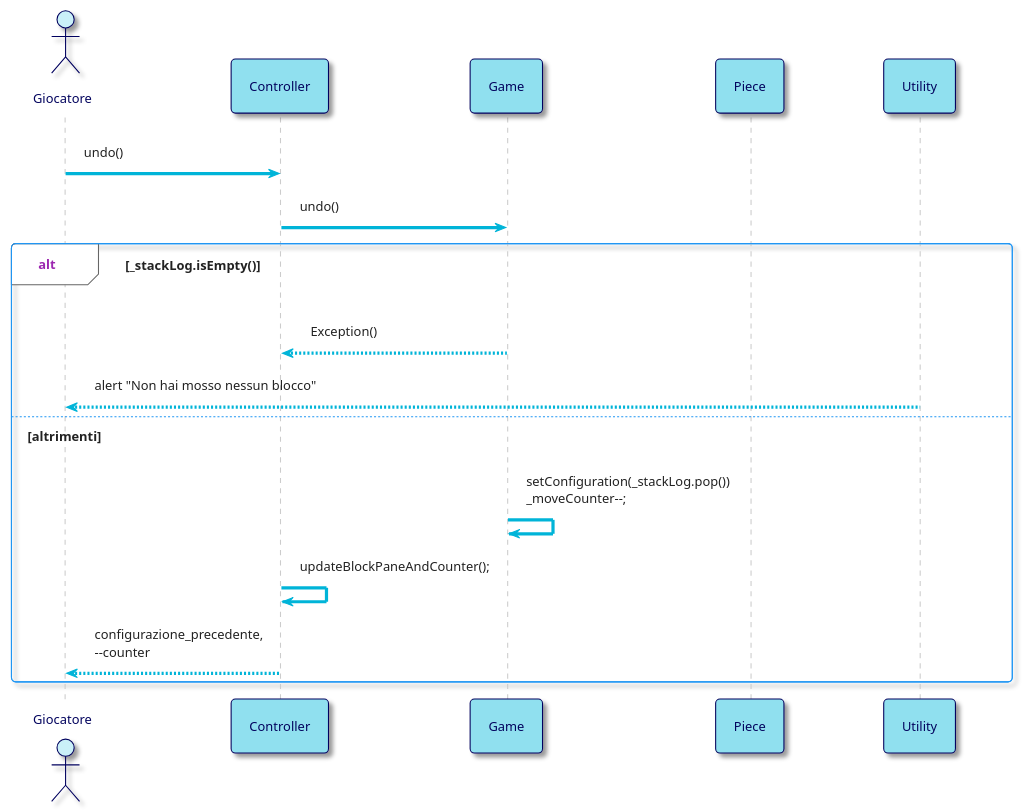
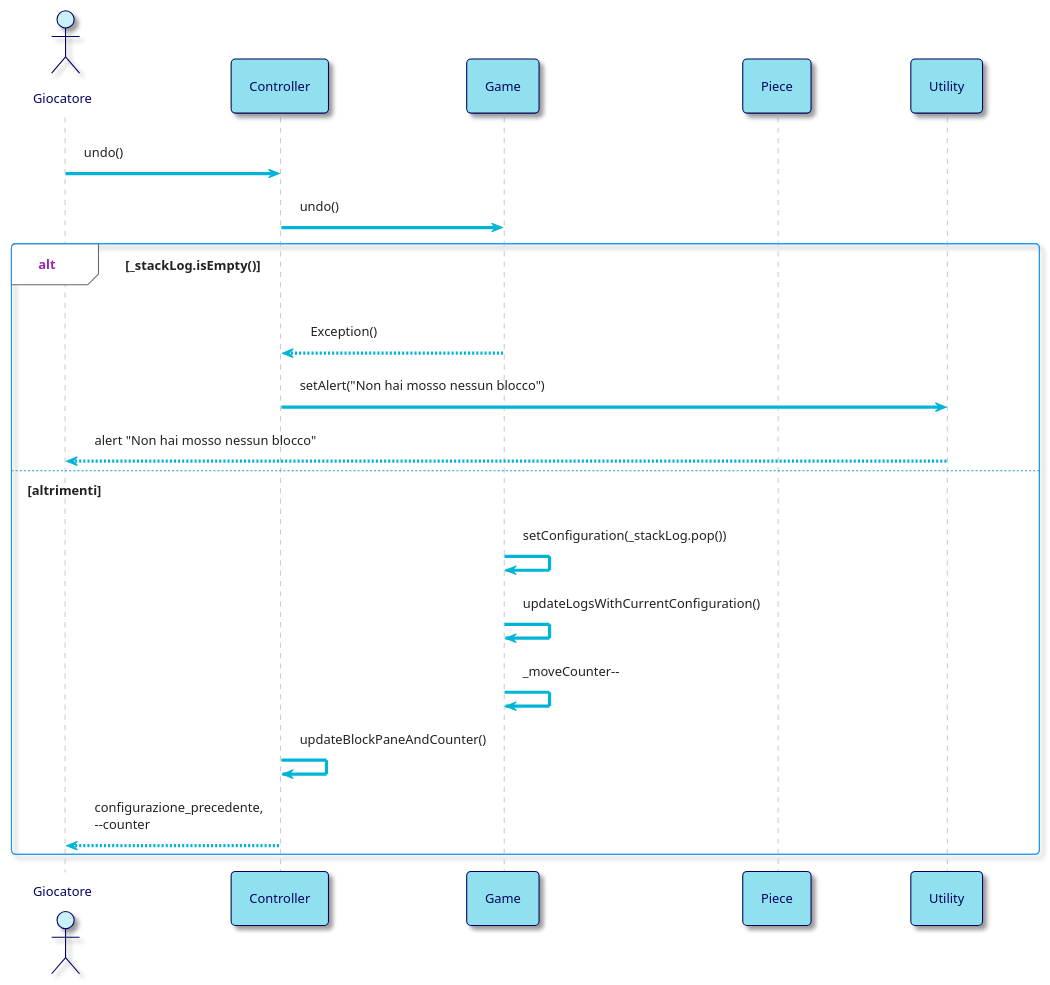
The fourth of 6 diagrams in resources/Sequence_Diagrams.md (bellins14/klotski_gruppo2), drawn with PlantUML before and after one commit.

````diff
--- a/resources/Sequence_Diagrams.md
+++ b/resources/Sequence_Diagrams.md
@@ -215,38 +215,41 @@
 ```plantuml
 @startuml
 !theme materia-outline
 
 skinparam ArrowColor #00B4D8
 skinparam ActorBorderColor #03045E
 skinparam ActorFontColor #03045E
 skinparam ActorBackgroundColor #CAF0F8
 skinparam ParticipantFontColor #03045E
 skinparam ParticipantBorderColor #03045E
 skinparam ParticipantBackgroundColor #90E0EF
 skinparam DatabaseBorderColor #03045E
 skinparam DatabaseBackgroundColor #00B4D8
 skinparam DatabaseFontColor #03045E
 skinparam BackgroundColor #FFFFFF
 
 actor Giocatore 
 participant Controller
 participant Game
 participant Piece
 
 
 Giocatore -> Controller: undo()
 Controller -> Game: undo()
 
 alt _stackLog.isEmpty()
 Game --> Controller: Exception()
+Controller -> Utility: setAlert("Non hai mosso nessun blocco")
 Utility --> Giocatore: alert "Non hai mosso nessun blocco"
 
 else altrimenti
-Game -> Game: setConfiguration(_stackLog.pop()) \n_moveCounter--;
-Controller -> Controller: updateBlockPaneAndCounter();
+Game -> Game: setConfiguration(_stackLog.pop()) 
+Game -> Game: updateLogsWithCurrentConfiguration()
+Game -> Game:_moveCounter--
+Controller -> Controller: updateBlockPaneAndCounter()
 Controller --> Giocatore: configurazione_precedente,\n--counter
 
 end
 
 @enduml
 ```
````
